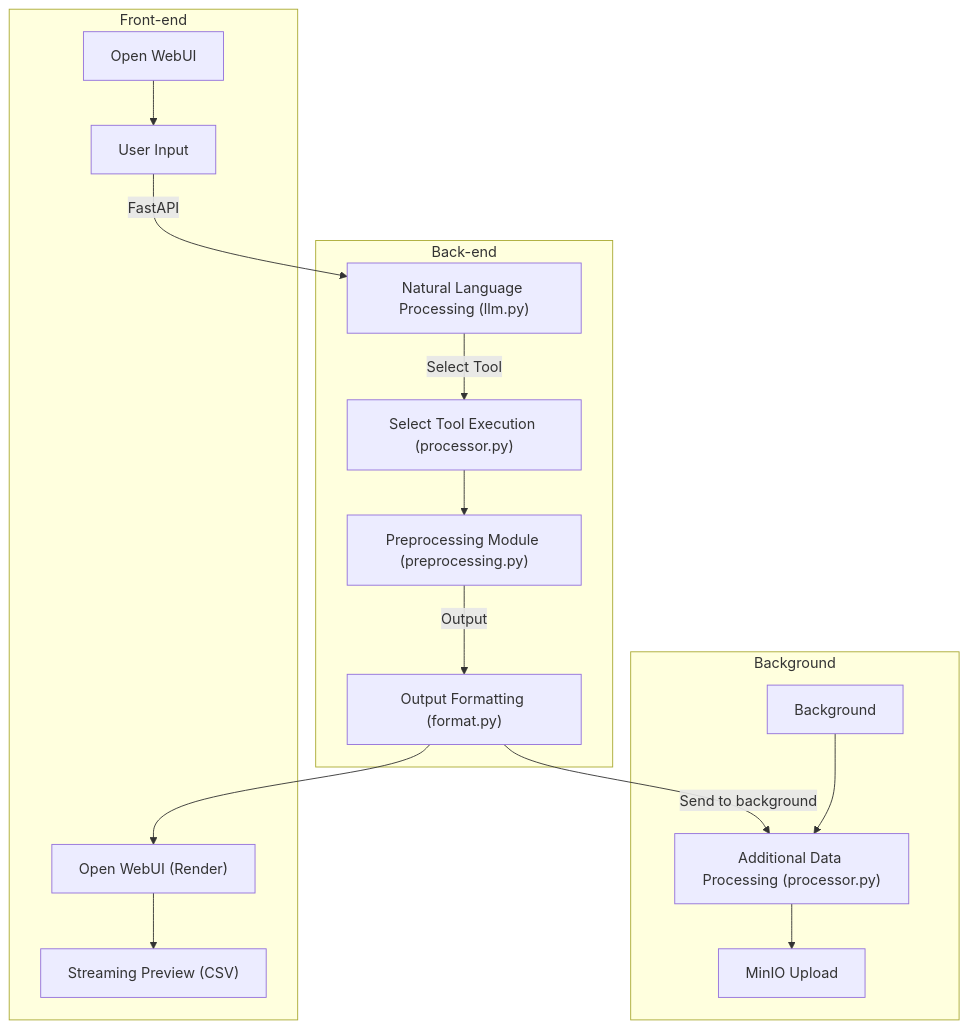
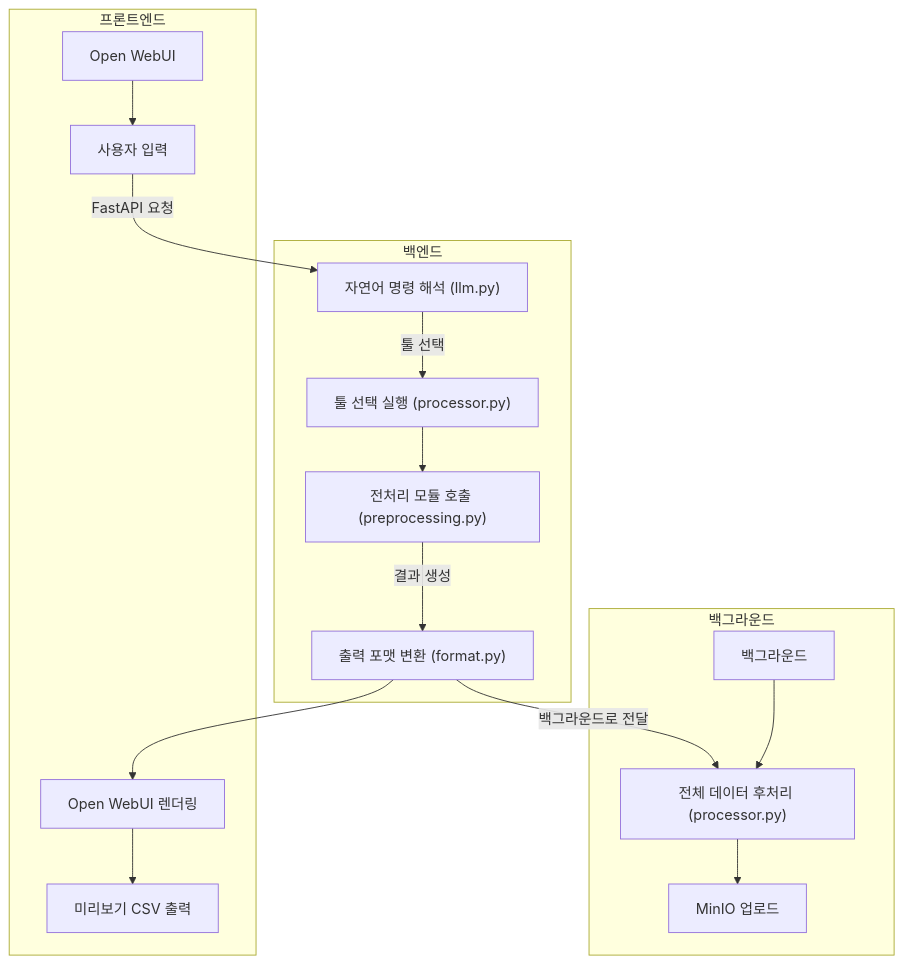
Before and after one commit to WO2IN/posAppSystem: the diagram in readme.md, drawn with Mermaid.

````diff
--- a/readme.md
+++ b/readme.md
@@ -1,37 +1,37 @@
 ```mermaid
 flowchart TD
 
-%% Front-end 영역
-subgraph FE [Front-end]
+%% 프론트엔드 영역
+subgraph FE [프론트엔드]
     A1["Open WebUI"]
-    A2["User Input"]
-    A3["Open WebUI (Render)"]
-    A4["Streaming Preview (CSV)"]
+    A2["사용자 입력"]
+    A3["Open WebUI 렌더링"]
+    A4["미리보기 CSV 출력"]
 end
 
-%% Back-end 영역
-subgraph BE [Back-end]
-    B1["Natural Language Processing (llm.py)"]
-    B2["Select Tool Execution (processor.py)"]
-    B3["Preprocessing Module (preprocessing.py)"]
-    B4["Output Formatting (format.py)"]
+%% 백엔드 영역
+subgraph BE [백엔드]
+    B1["자연어 명령 해석 (llm.py)"]
+    B2["툴 선택 실행 (processor.py)"]
+    B3["전처리 모듈 호출 (preprocessing.py)"]
+    B4["출력 포맷 변환 (format.py)"]
 end
 
-%% Background 영역
-subgraph BG [Background]
-    C1["Background"]
-    C2["Additional Data Processing (processor.py)"]
-    C3["MinIO Upload"]
+%% 백그라운드 영역
+subgraph BG [백그라운드]
+    C1["백그라운드"]
+    C2["전체 데이터 후처리 (processor.py)"]
+    C3["MinIO 업로드"]
 end
 
 %% 흐름 연결
 A1 --> A2
-A2 -->|FastAPI| B1
-B1 -->|Select Tool| B2
+A2 -->|FastAPI 요청| B1
+B1 -->|툴 선택| B2
 B2 --> B3
-B3 -->|Output| B4
+B3 -->|결과 생성| B4
 B4 --> A3
 A3 --> A4
-B4 -->|Send to background| C2
+B4 -->|백그라운드로 전달| C2
 C1 --> C2 --> C3
 ```
````
